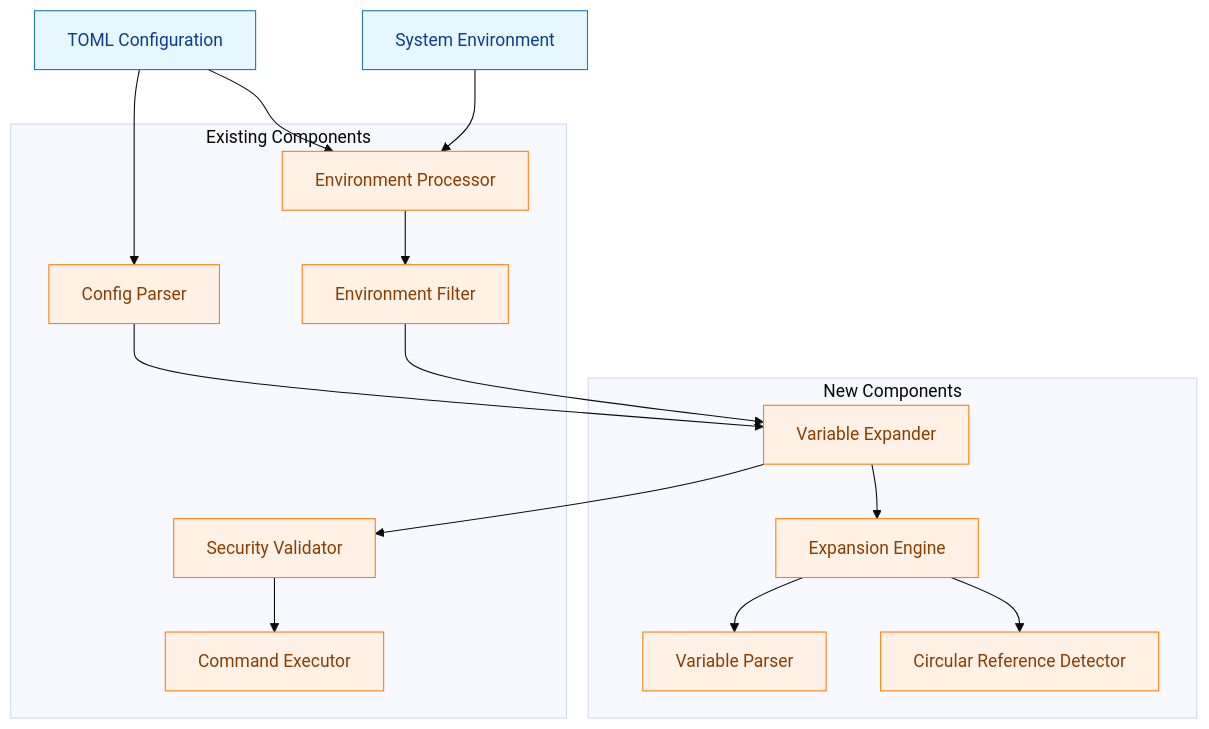
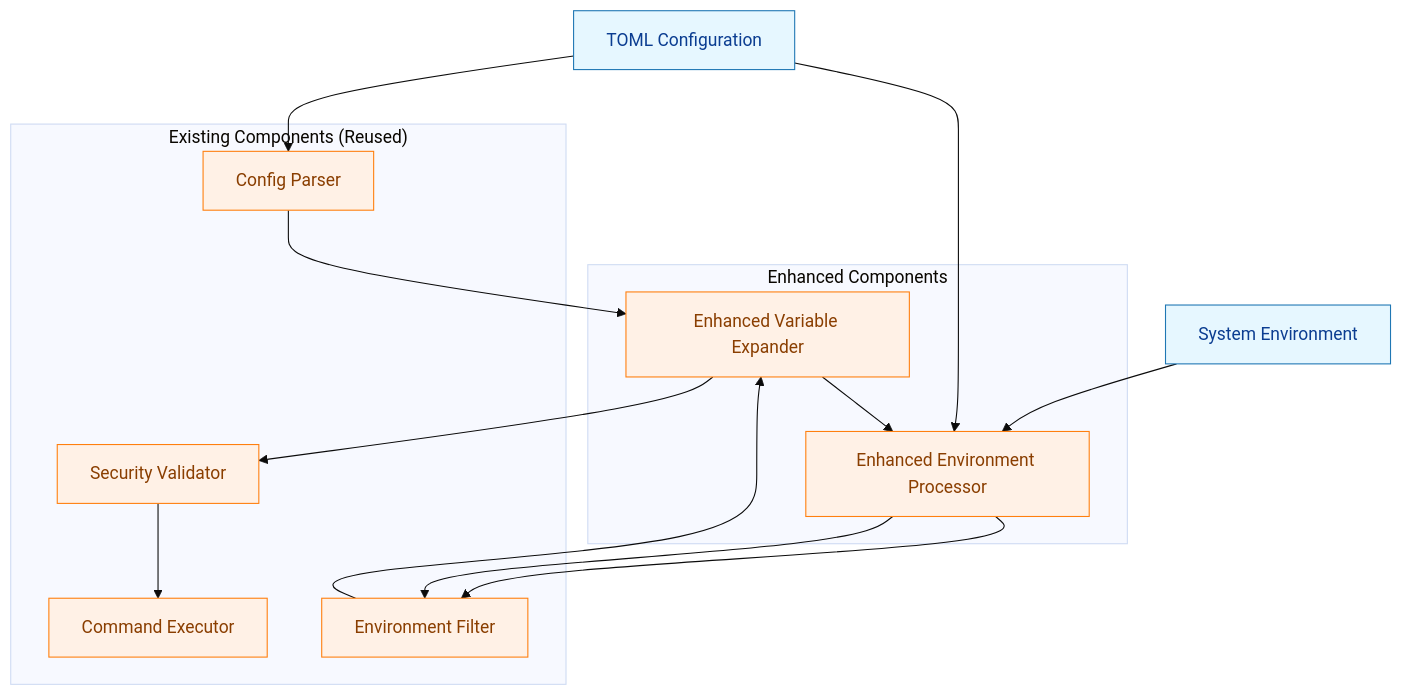
Before and after one commit to isseis/go-safe-cmd-runner: the first of 7 diagrams in docs/tasks/0026_variable_expansion/02_architecture.md, drawn with Mermaid (base theme). The commit also changed other lines of this file and 2 other files, not shown here.

First line of the commit message:
Switch circular reference detection to iterative resolution with extended cap

````diff
--- a/docs/tasks/0026_variable_expansion/02_architecture.md
+++ b/docs/tasks/0026_variable_expansion/02_architecture.md
@@ -21,40 +21,36 @@
 ```mermaid
 %% Color nodes: data vs process
 flowchart TD
     classDef data fill:#e6f7ff,stroke:#1f77b4,stroke-width:1px,color:#0b3d91;
     classDef process fill:#fff1e6,stroke:#ff7f0e,stroke-width:1px,color:#8a3e00;
 
     A[TOML Configuration] --> B[Config Parser]
     B --> C[Variable Expander]
     C --> D[Security Validator]
     D --> E[Command Executor]
 
     F[System Environment] --> K[Environment Processor]
     A --> K
     K --> L[Environment Filter]
     L --> C
 
-    subgraph "New Components"
-        C
-        H[Expansion Engine]
-        I[Variable Parser]
-        J[Circular Reference Detector]
+    subgraph "Enhanced Components"
+        C[Enhanced Variable Expander]
+        K[Enhanced Environment Processor]
     end
 
-    subgraph "Existing Components"
+    subgraph "Existing Components (Reused)"
         B
         D
         E
-        K[Environment Processor]
         L[Environment Filter]
     end
 
-    C --> H
-    H --> I
-    H --> J
+    C --> K
+    K --> L
 
     %% Assign classes: data nodes vs process nodes
     class A,F data;
     class B,C,H,I,J,D,E,K,L process;
 
 ```
````
